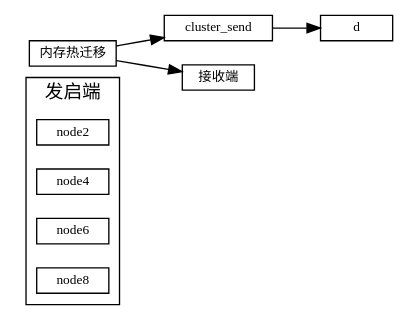
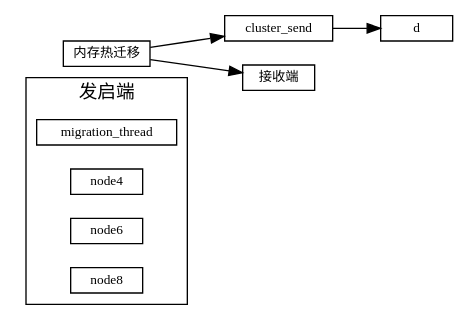
Before and after one commit to sisyphus1212/note: the diagram in 虚拟化/热迁移/1-内存热迁移.md, drawn with Graphviz.

Commit message:
auto_update

````diff
--- a/虚拟化/热迁移/1-内存热迁移.md
+++ b/虚拟化/热迁移/1-内存热迁移.md
@@ -11,21 +11,21 @@
 ```graphviz
 digraph 热迁移 {
 fontname="Helvetica,Arial,sans-serif"
 //node [fontname="Helvetica,Arial,sans-serif"]
 edge [fontname="Helvetica,Arial,sans-serif"]
 rankdir="LR"
 node [fontsize=10, shape=box, height=0.25]
 edge [fontsize=10]
 
   subgraph cluster_send {
     label="发启端";
-    node2; node4; node6; node8;
+    migration_thread; node4; node6; node8;
   }
 
 内存热迁移 [label="内存热迁移"]
 内存热迁移 -> cluster_send
            -> d
 
 内存热迁移 -> 接收端
 }
 ```
````
